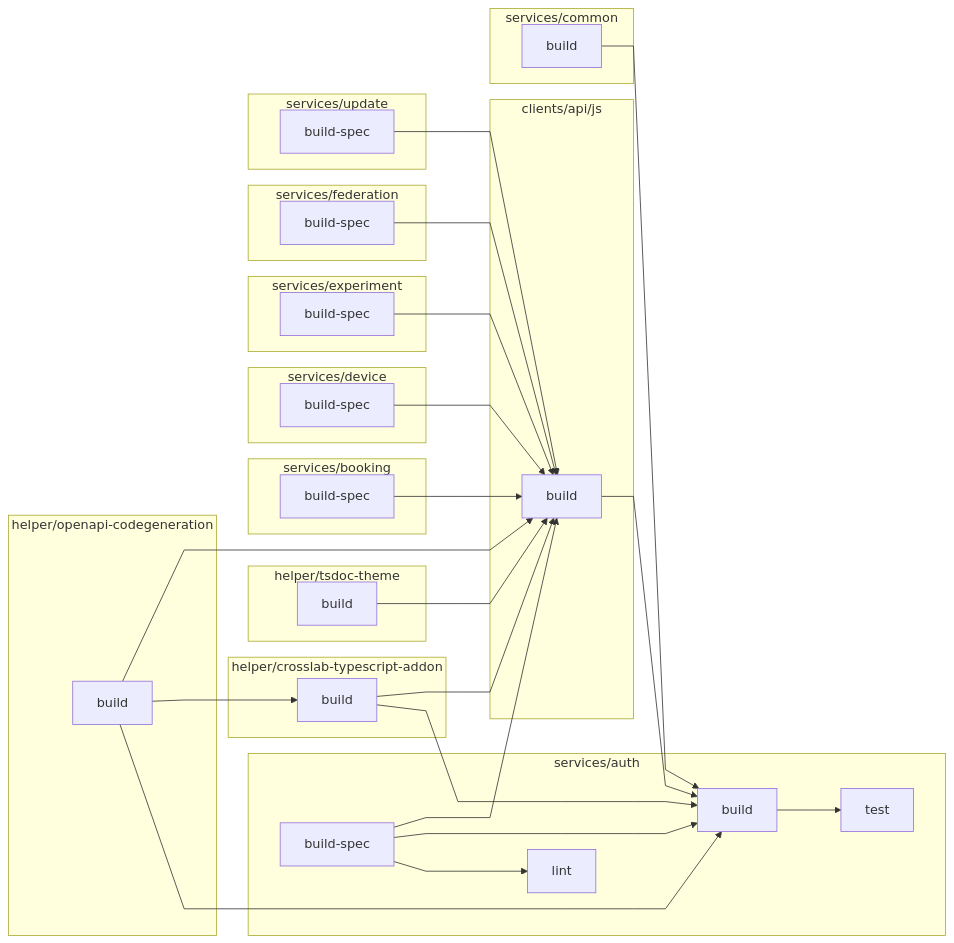
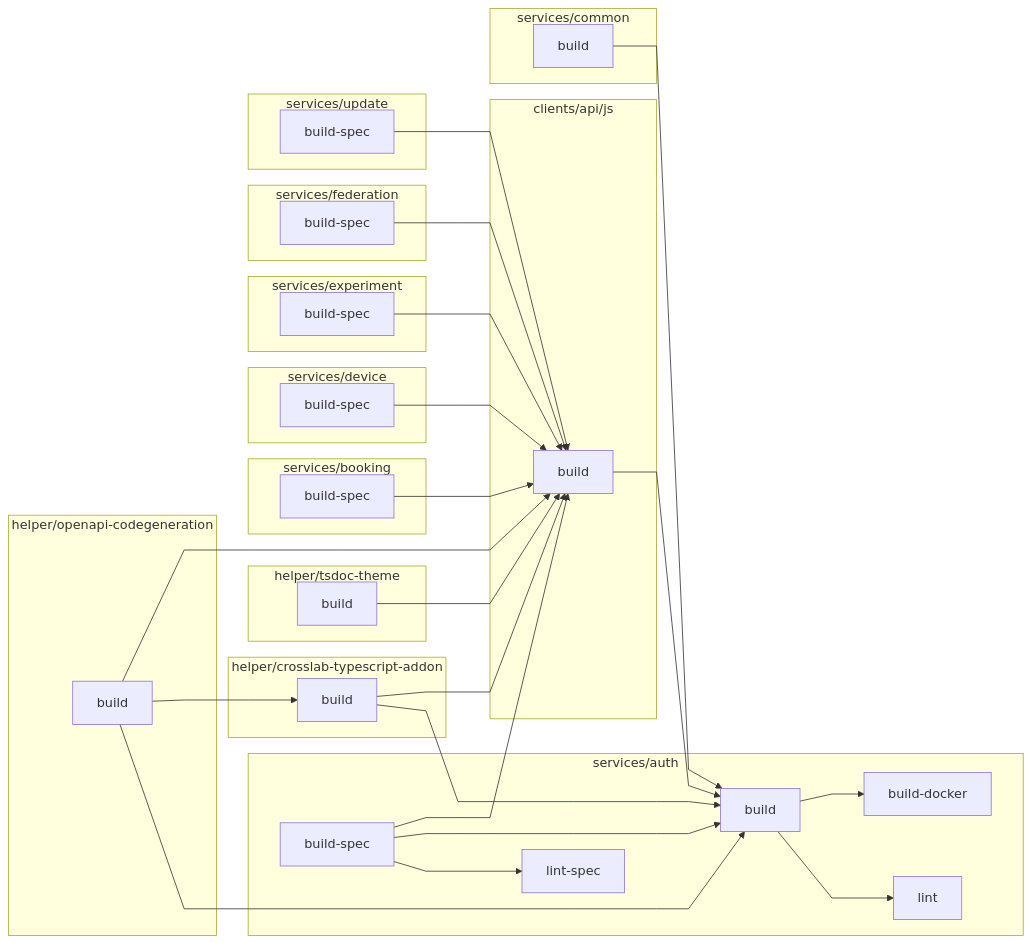
Before and after one commit to Cross-Lab-Project/crosslab: the diagram in services/auth/README.md, drawn with Mermaid. The commit also changed other lines of this file and 18 other files, not shown here.

````diff
--- a/services/auth/README.md
+++ b/services/auth/README.md
@@ -12,57 +12,59 @@
 ```mermaid
 graph LR
 %%{init:{'flowchart':{'nodeSpacing': 20, 'rankSpacing': 80, 'curve': 'linear', 'useMaxWidth': false}}}%%
   subgraph clients/api/js
     clients/api/js:build[build]
   end
   subgraph helper/crosslab-typescript-addon
     helper/crosslab-typescript-addon:build[build]
   end
   subgraph helper/openapi-codegeneration
     helper/openapi-codegeneration:build[build]
   end
   subgraph helper/tsdoc-theme
     helper/tsdoc-theme:build[build]
   end
   subgraph services/auth
     services/auth:build[build]
+    services/auth:build-docker[build-docker]
     services/auth:build-spec[build-spec]
     services/auth:lint[lint]
-    services/auth:test[test]
+    services/auth:lint-spec[lint-spec]
   end
   subgraph services/booking
     services/booking:build-spec[build-spec]
   end
   subgraph services/common
     services/common:build[build]
   end
   subgraph services/device
     services/device:build-spec[build-spec]
   end
   subgraph services/experiment
     services/experiment:build-spec[build-spec]
   end
   subgraph services/federation
     services/federation:build-spec[build-spec]
   end
   subgraph services/update
     services/update:build-spec[build-spec]
   end
   services/auth:build-spec[build-spec] --> clients/api/js:build[build]
   services/booking:build-spec[build-spec] --> clients/api/js:build[build]
   services/device:build-spec[build-spec] --> clients/api/js:build[build]
   services/experiment:build-spec[build-spec] --> clients/api/js:build[build]
   services/federation:build-spec[build-spec] --> clients/api/js:build[build]
   services/update:build-spec[build-spec] --> clients/api/js:build[build]
   helper/crosslab-typescript-addon:build[build] --> clients/api/js:build[build]
   helper/tsdoc-theme:build[build] --> clients/api/js:build[build]
   helper/openapi-codegeneration:build[build] --> clients/api/js:build[build]
   helper/openapi-codegeneration:build[build] --> helper/crosslab-typescript-addon:build[build]
   services/auth:build-spec[build-spec] --> services/auth:build[build]
   services/common:build[build] --> services/auth:build[build]
   helper/crosslab-typescript-addon:build[build] --> services/auth:build[build]
   helper/openapi-codegeneration:build[build] --> services/auth:build[build]
   clients/api/js:build[build] --> services/auth:build[build]
-  services/auth:build-spec[build-spec] --> services/auth:lint[lint]
-  services/auth:build[build] --> services/auth:test[test]
+  services/auth:build[build] --> services/auth:build-docker[build-docker]
+  services/auth:build[build] --> services/auth:lint[lint]
+  services/auth:build-spec[build-spec] --> services/auth:lint-spec[lint-spec]
 ```
````
